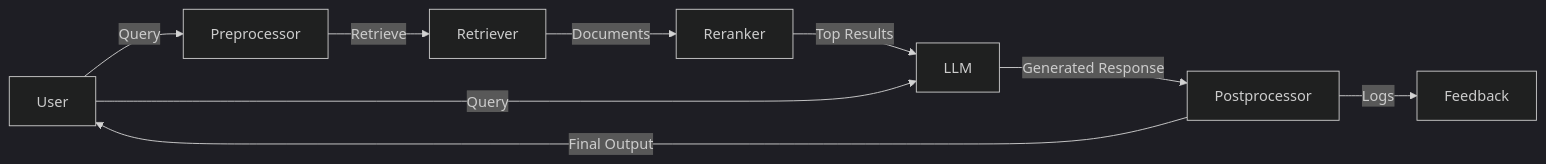
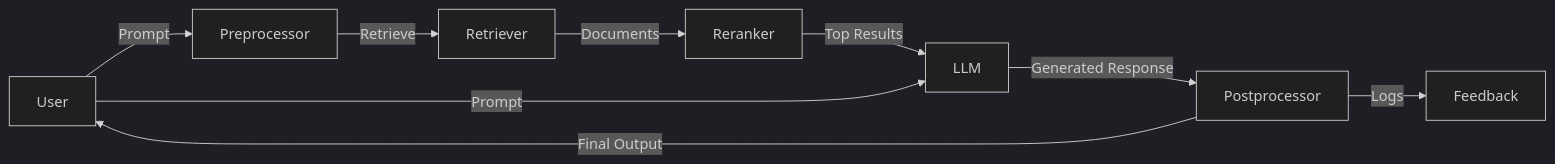
The diagram in real-world-lessons/ml-ai/RAG.md (sureshm-hub/system-design-field-guide), drawn with Mermaid (dark theme) before and after one commit.

Commit message:
RAG - ml ai

````diff
--- a/real-world-lessons/ml-ai/RAG.md
+++ b/real-world-lessons/ml-ai/RAG.md
@@ -63,11 +63,11 @@
 ```mermaid
 graph LR;
-    User -->|Query| Preprocessor;
+    User -->|Prompt| Preprocessor;
     Preprocessor -->|Retrieve| Retriever;
     Retriever -->|Documents| Reranker;
     Reranker -->|Top Results| LLM;
-    User -->|Query| LLM;
+    User -->|Prompt| LLM;
     LLM -->|Generated Response| Postprocessor;
     Postprocessor -->|Final Output| User;
     Postprocessor -->|Logs| Feedback;
 ```
````
